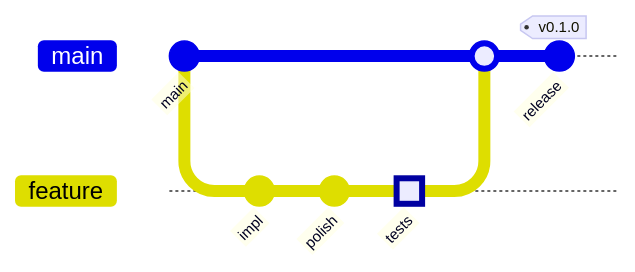
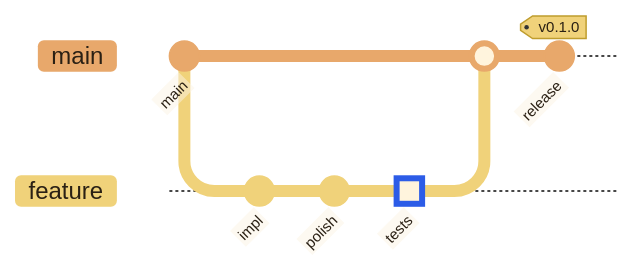
The eighth of 8 diagrams in README.md (JosephOIbrahim/Cognitive-Bridge), drawn with Mermaid before and after one commit. The commit also changed other lines of this file, not shown here.

First line of the commit message:
[docs] restyle mermaid diagrams + close-the-loop polish

````diff
--- a/README.md
+++ b/README.md
@@ -758,12 +784,13 @@
 ```mermaid
+%%{init: {"theme":"base","themeVariables":{"git0":"#E8A86B","git1":"#F0D27A","commitLabelColor":"#2A2014","commitLabelBackground":"#FBF3E4","tagLabelColor":"#2A2014","tagLabelBackground":"#F0D27A","tagLabelBorder":"#BF9D2E","gitBranchLabel0":"#2A2014","gitBranchLabel1":"#2A2014"}}}%%
 gitGraph
    commit id: "main"
    branch feature
    checkout feature
    commit id: "impl"
    commit id: "polish"
    commit id: "tests" type: HIGHLIGHT
    checkout main
    merge feature
    commit id: "release" tag: "v0.1.0"
 ```
````
